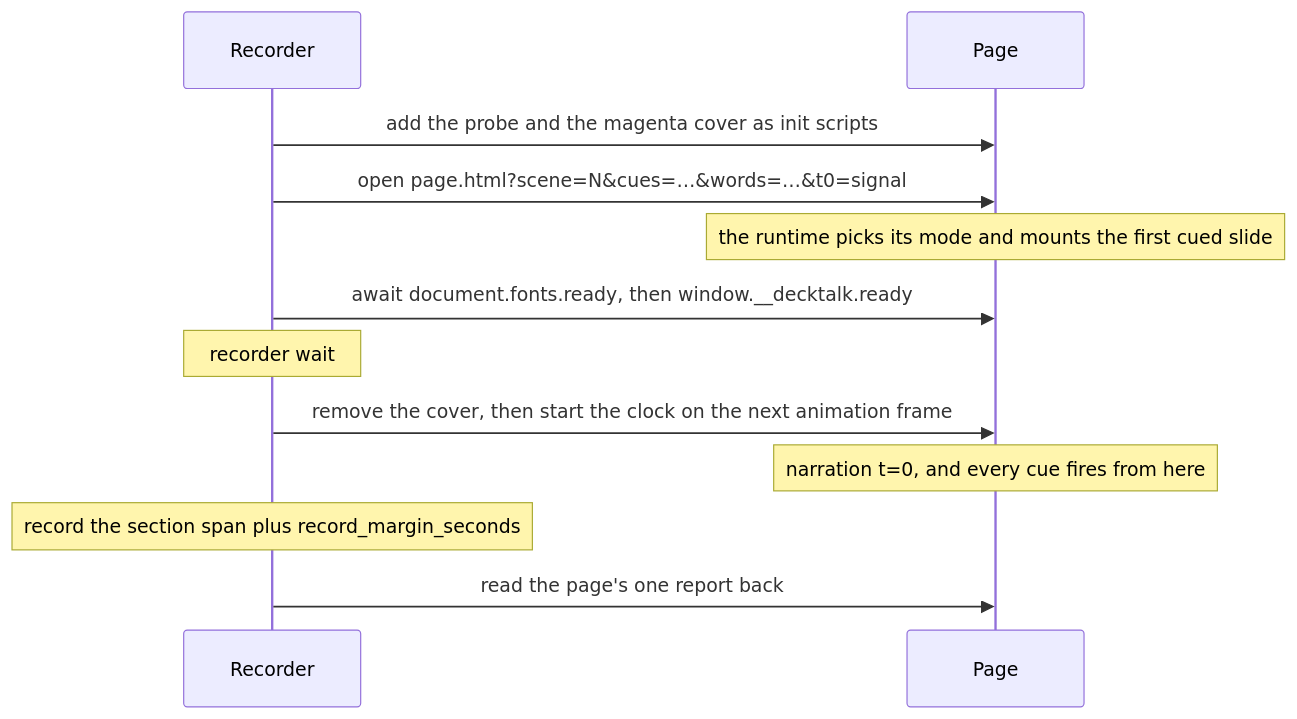
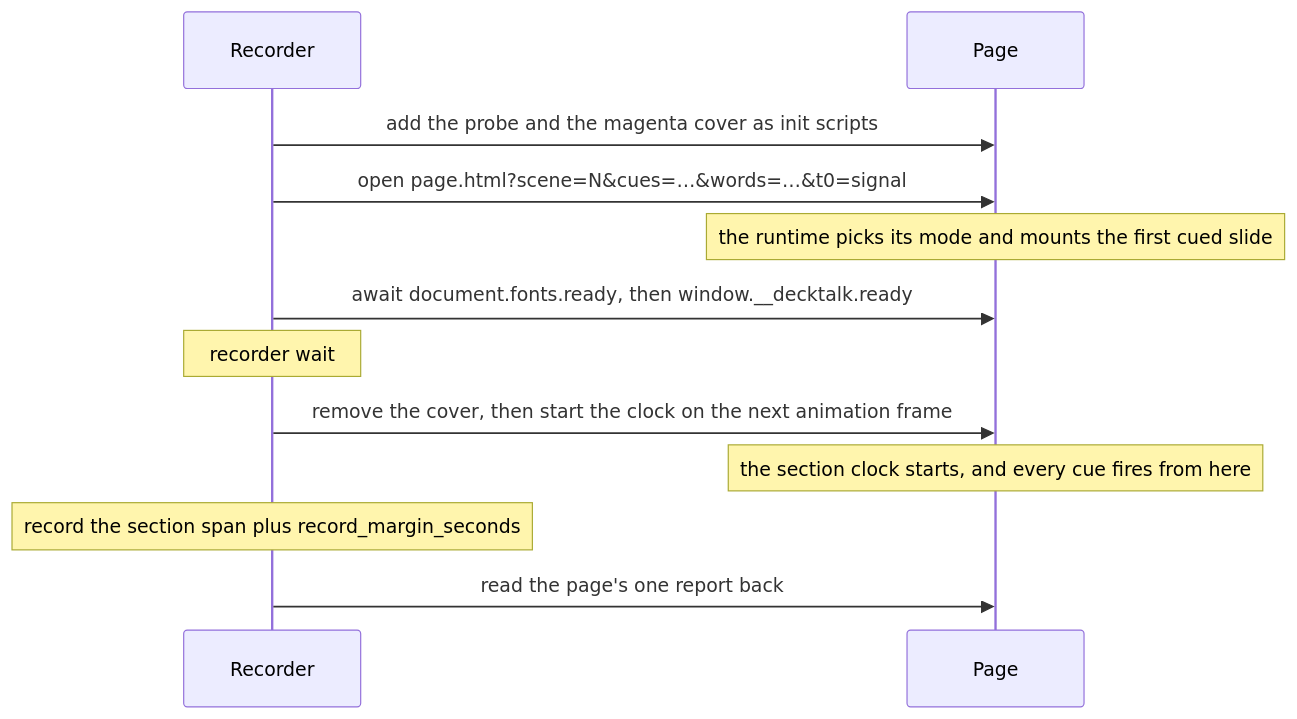
Before and after one commit to jacobcbeaudin/decktalk: the diagram in docs/concepts/page-contract.mdx, drawn with Mermaid. The commit also changed other lines of this file and 226 other files, not shown here.

````diff
--- a/docs/concepts/page-contract.mdx
+++ b/docs/concepts/page-contract.mdx
@@ -263,14 +263,14 @@
 ```mermaid
 sequenceDiagram
     participant R as Recorder
     participant P as Page
     R->>P: add the probe and the magenta cover as init scripts
     R->>P: open page.html?scene=N&cues=…&words=…&t0=signal
     Note over P: the runtime picks its mode and mounts the first cued slide
     R->>P: await document.fonts.ready, then window.__decktalk.ready
     Note over R: recorder wait
     R->>P: remove the cover, then start the clock on the next animation frame
-    Note over P: narration t=0, and every cue fires from here
+    Note over P: the section clock starts, and every cue fires from here
     Note over R: record the section span plus record_margin_seconds
     R->>P: read the page's one report back
 ```
````
